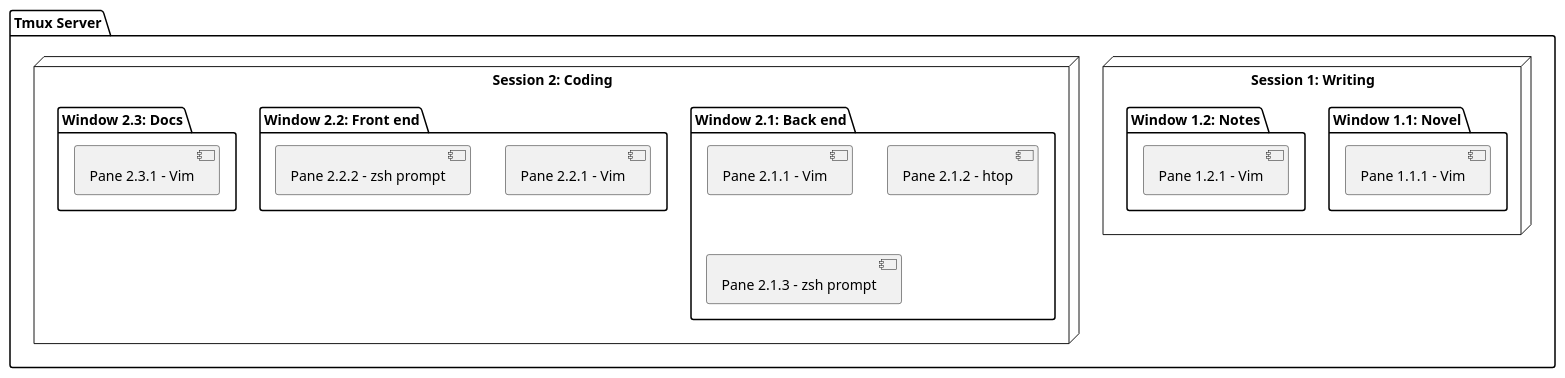
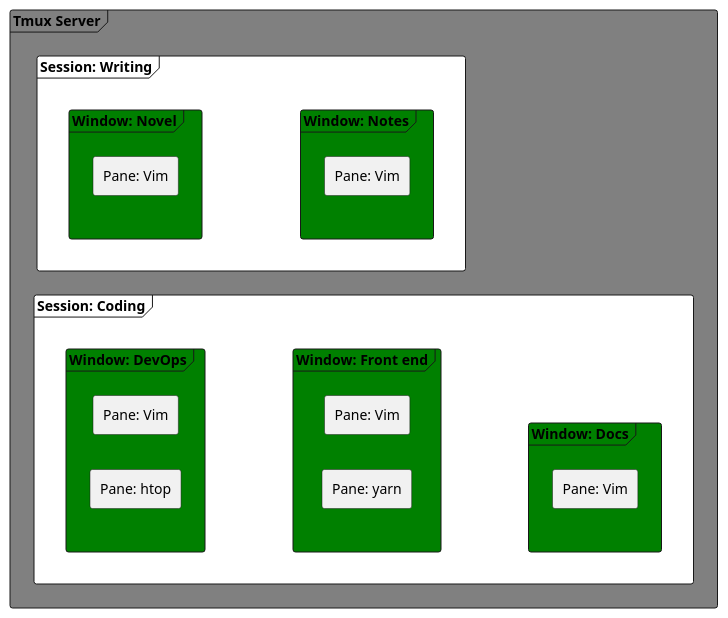
The diagram in slides/tmux-nesting.plantuml (pappasam/vim-tmux-tutorial), drawn with PlantUML before and after one commit. The commit also changed 13 other files, not shown here.

```diff
--- a/slides/tmux-nesting.plantuml
+++ b/slides/tmux-nesting.plantuml
@@ -1,30 +1,33 @@
 @startuml
 
-top to bottom direction
+left to right direction
 
-package "Tmux Server" {
-  node "Session 1: Writing" {
-    folder "Window 1.1: Novel" {
-      [Pane 1.1.1 - Vim]
+frame "Tmux Server" #Grey {
+  frame "Session: Writing" as session_writing #White {
+    frame "Window: Novel" as window_novel #Green {
+      rectangle "Pane: Vim" as pane1
     }
-    folder "Window 1.2: Notes" {
-      [Pane 1.2.1 - Vim]
+    frame "Window: Notes" as window_notes #Green {
+      rectangle "Pane: Vim" as pane2
     }
   }
-  node "Session 2: Coding" {
-    folder "Window 2.1: Back end" {
-      [Pane 2.1.1 - Vim]
-      [Pane 2.1.2 - htop]
-      [Pane 2.1.3 - zsh prompt]
+  frame "Session: Coding" as session_coding #White {
+    frame "Window: DevOps" as window_backend #Green {
+      rectangle "Pane: Vim" as pane3
+      rectangle "Pane: htop" as pane4
     }
-    folder "Window 2.2: Front end" {
-      [Pane 2.2.1 - Vim]
-      [Pane 2.2.2 - zsh prompt]
+    frame "Window: Front end" as window_frontend #Green {
+      rectangle "Pane: Vim" as pane7
+      rectangle "Pane: yarn" as pane8
     }
-    folder "Window 2.3: Docs" {
-      [Pane 2.3.1 - Vim]
+    frame "Window: Docs" as window_docs #Green {
+      rectangle "Pane: Vim" as pane9
     }
   }
 }
 
+window_novel --[hidden]> window_notes
+window_backend --[hidden]> window_frontend
+window_frontend --[hidden]> window_docs
+
 @enduml
```
